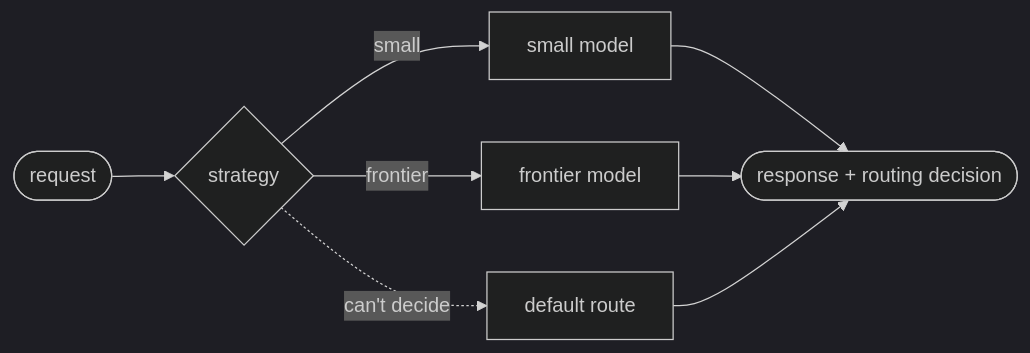
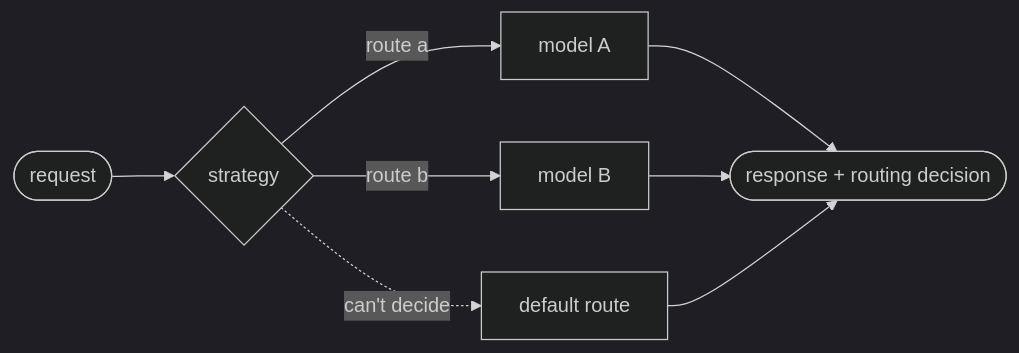
One commit to danielpolok/langchain-llm-router changed the diagram in README.md. Above: the diagram before and after it, drawn with Mermaid (dark theme). The commit also changed other lines of this file, not shown here.

Commit message:
README: lead with routing to the right model, not only with cost

````diff
--- a/README.md
+++ b/README.md
@@ -76,10 +83,10 @@
 ```mermaid
 flowchart LR
     request([request]) --> strategy{strategy}
-    strategy -- "small" --> small[small model]
-    strategy -- "frontier" --> frontier[frontier model]
+    strategy -- "route a" --> a[model A]
+    strategy -- "route b" --> b[model B]
     strategy -. "can't decide" .-> default[default route]
-    small --> response([response + routing decision])
-    frontier --> response
+    a --> response([response + routing decision])
+    b --> response
     default --> response
 ```
````
